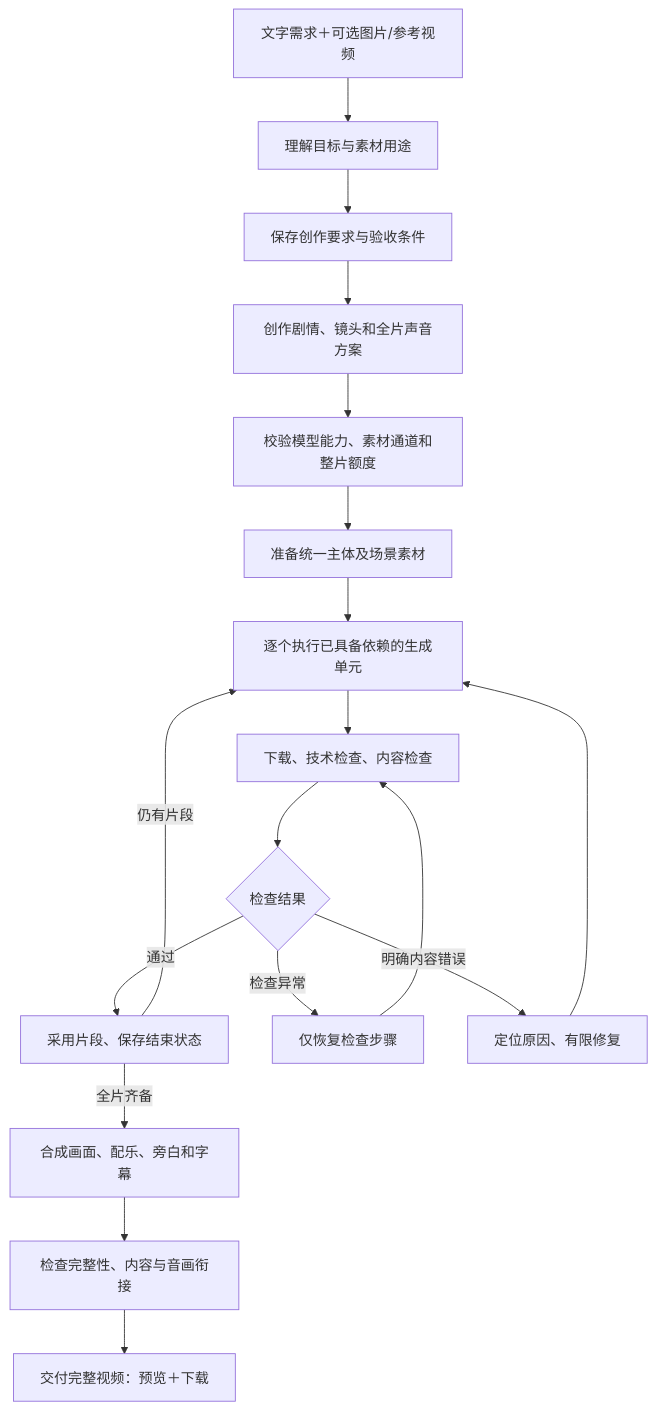
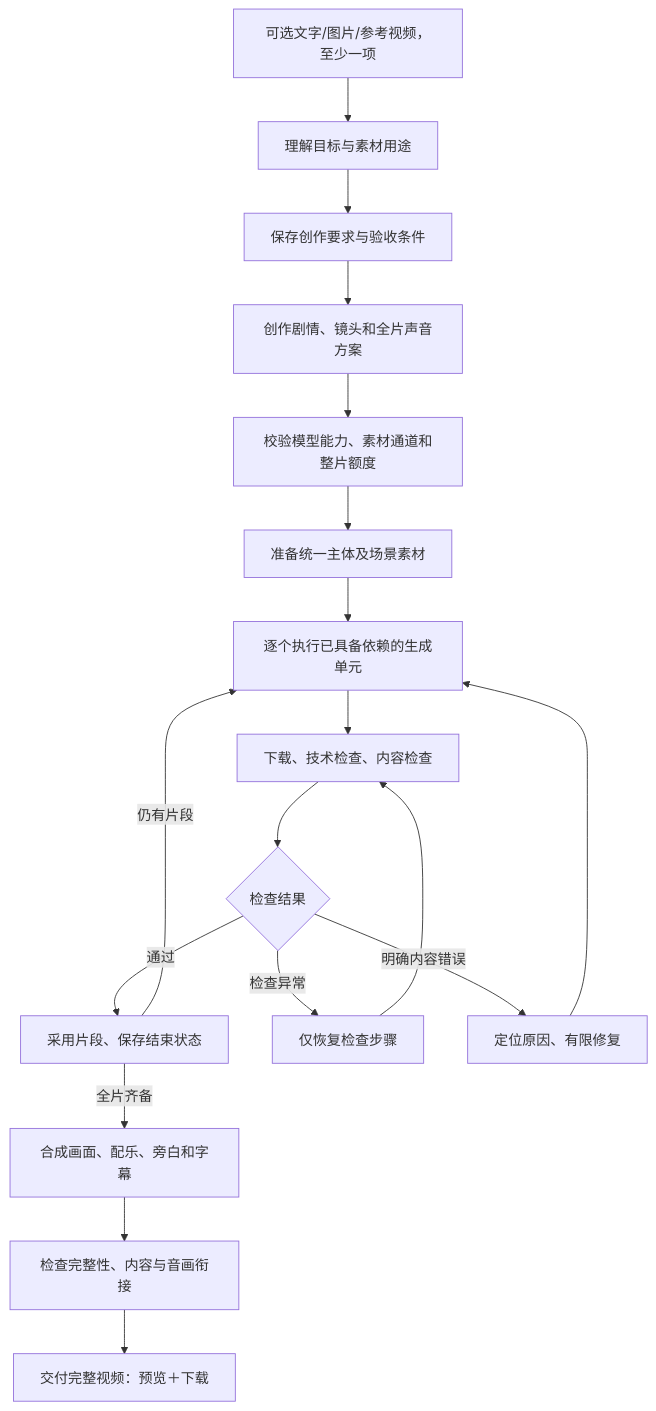
The diagram in docs/PRODUCT_DELIVERY_PLAN_2026-09-28.md (zhousongshan/shiping), drawn with Mermaid before and after one commit. The commit also changed other lines of this file and 2 other files, not shown here.

````diff
--- a/docs/PRODUCT_DELIVERY_PLAN_2026-09-28.md
+++ b/docs/PRODUCT_DELIVERY_PLAN_2026-09-28.md
@@ -71,20 +72,20 @@
 ```mermaid
 flowchart TD
-    A[文字需求＋可选图片/参考视频] --> B[理解目标与素材用途]
+    A[可选文字/图片/参考视频，至少一项] --> B[理解目标与素材用途]
     B --> C[保存创作要求与验收条件]
     C --> D[创作剧情、镜头和全片声音方案]
     D --> E[校验模型能力、素材通道和整片额度]
     E --> F[准备统一主体及场景素材]
     F --> G[逐个执行已具备依赖的生成单元]
     G --> H[下载、技术检查、内容检查]
     H --> I{检查结果}
     I -->|通过| J[采用片段、保存结束状态]
     J -->|仍有片段| G
     J -->|全片齐备| K[合成画面、配乐、旁白和字幕]
     I -->|检查异常| L[仅恢复检查步骤]
     L --> H
     I -->|明确内容错误| M[定位原因、有限修复]
     M --> G
     K --> N[检查完整性、内容与音画衔接]
     N --> O[交付完整视频：预览＋下载]
 ```
````
